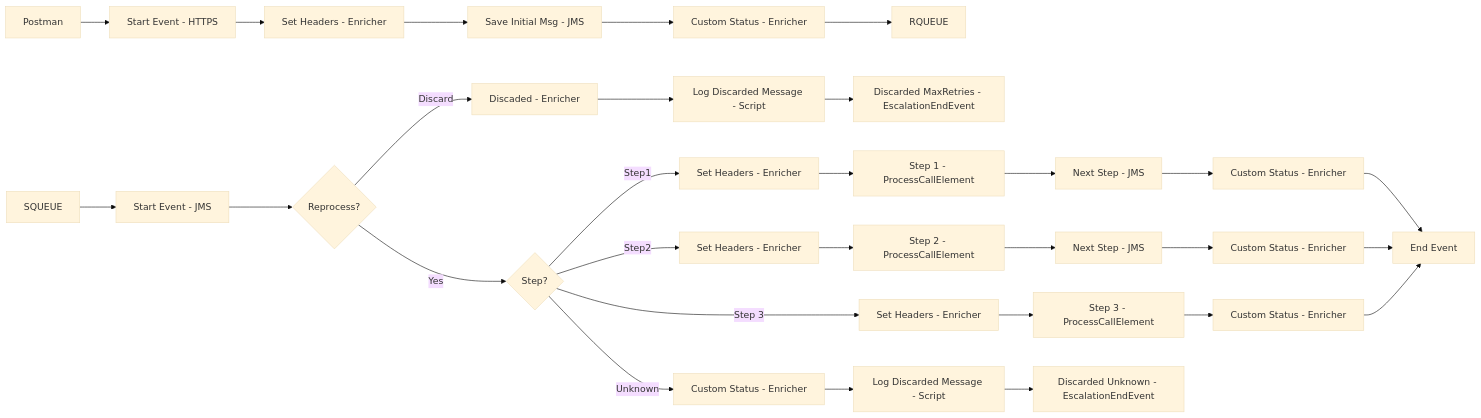
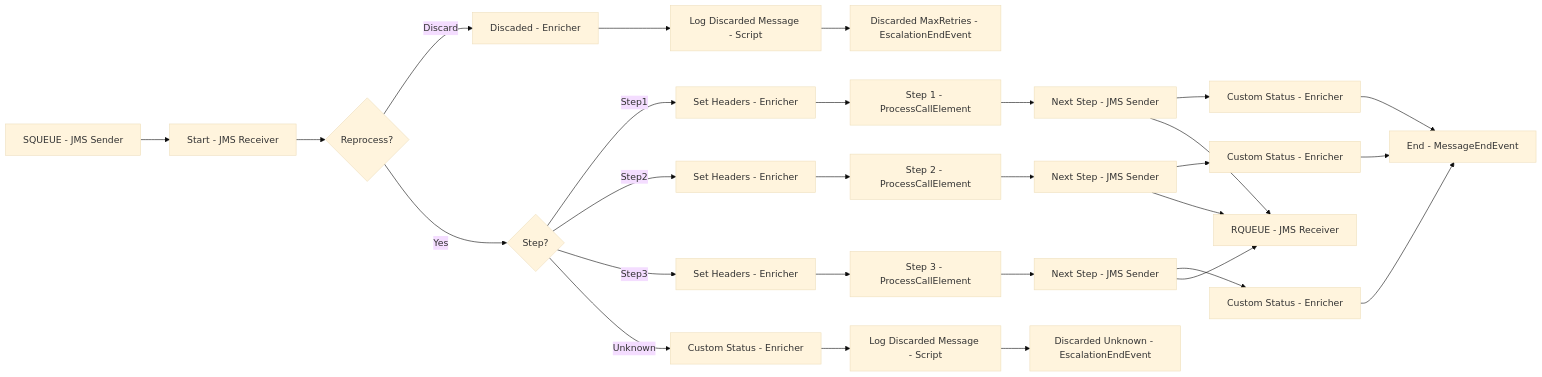
Before and after one commit to Avvale-IA-CICD/AvvaleCPI: the diagram in MMZ - Cell Iflows/SEDA_Model_-_Single_Queue_-_Restart_and_Discard_MMZ-1.0.0/readme.md, drawn with Mermaid (base theme). The commit also changed other lines of this file, not shown here.

Commit message:
Add/update documentation for SEDA_Model_-_Single_Queue_-_Restart_and_Discard_MMZ v1.0.0

````diff
--- a/MMZ - Cell Iflows/SEDA_Model_-_Single_Queue_-_Restart_and_Discard_MMZ-1.0.0/readme.md
+++ b/MMZ - Cell Iflows/SEDA_Model_-_Single_Queue_-_Restart_and_Discard_MMZ-1.0.0/readme.md
@@ -4,32 +4,30 @@
 ```mermaid
 graph LR
-    Postman --> HTTPS[Start Event - HTTPS]
-    HTTPS --> SetHeaders0[Set Headers - Enricher]
-    SetHeaders0 --> SaveInitialMsg[Save Initial Msg - JMS]
-    SaveInitialMsg --> CustomStatus0[Custom Status - Enricher]
-    CustomStatus0 --> RQUEUE
-
-    SQUEUE --> Start[Start Event - JMS]
-    Start --> Reprocess{Reprocess?}
-    Reprocess -- Discard --> DiscardedStatus[Discaded - Enricher]
+    SQUEUE[SQUEUE - JMS Sender] --> StartEvent[Start - JMS Receiver]
+    StartEvent --> ReprocessCheck{Reprocess?}
+    ReprocessCheck -- Discard --> DiscardedStatus[Discaded - Enricher]
     DiscardedStatus --> LogDiscardedMaxRetries[Log Discarded Message - Script]
     LogDiscardedMaxRetries --> DiscardedMaxRetries[Discarded MaxRetries - EscalationEndEvent]
-    Reprocess -- Yes --> StepCheck{Step?}
-    StepCheck -- Step1 --> SetHeaders1[Set Headers - Enricher]
-    SetHeaders1 --> Step1Call[Step 1 - ProcessCallElement]
-    Step1Call --> JMS_STEP1[Next Step - JMS]
-    JMS_STEP1 --> CustomStatus1[Custom Status - Enricher]
-    CustomStatus1 --> End[End Event]
-    StepCheck -- Step2 --> SetHeaders2[Set Headers - Enricher]
-    SetHeaders2 --> Step2Call[Step 2 - ProcessCallElement]
-    Step2Call --> JMS_STEP2[Next Step - JMS]
-    JMS_STEP2 --> CustomStatus2[Custom Status - Enricher]
-    CustomStatus2 --> End
-    StepCheck -- Step 3 --> SetHeaders3[Set Headers - Enricher]
-    SetHeaders3 --> Step3Call[Step 3 - ProcessCallElement]
-    Step3Call --> CustomStatus3[Custom Status - Enricher]
-    CustomStatus3 --> End
+    ReprocessCheck -- Yes --> StepCheck{Step?}
+    StepCheck -- Step1 --> SetHeadersStep1[Set Headers - Enricher]
+    StepCheck -- Step2 --> SetHeadersStep2[Set Headers - Enricher]
+    StepCheck -- Step3 --> SetHeadersStep3[Set Headers - Enricher]
     StepCheck -- Unknown --> DiscardedStatusUnknown[Custom Status - Enricher]
-    DiscardedStatusUnknown --> LogDiscardedUnknown[Log Discarded Message - Script]
-    LogDiscardedUnknown --> DiscardedUnknown[Discarded Unknown - EscalationEndEvent]
+    DiscardedStatusUnknown --> LogDiscardedMessage[Log Discarded Message - Script]
+    LogDiscardedMessage --> DiscardedUnknown[Discarded Unknown - EscalationEndEvent]
+    SetHeadersStep1 --> Step1[Step 1 - ProcessCallElement]
+    SetHeadersStep2 --> Step2[Step 2 - ProcessCallElement]
+    SetHeadersStep3 --> Step3[Step 3 - ProcessCallElement]
+    Step1 --> NextStep1[Next Step - JMS Sender]
+    Step2 --> NextStep2[Next Step - JMS Sender]
+    Step3 --> NextStep3[Next Step - JMS Sender]
+    NextStep1 --> Step1Completed[Custom Status - Enricher]
+    NextStep2 --> Step2Completed[Custom Status - Enricher]
+    NextStep3 --> Step3Completed[Custom Status - Enricher]
+    Step1Completed --> EndEvent[End - MessageEndEvent]
+    Step2Completed --> EndEvent
+    Step3Completed --> EndEvent
+    NextStep1 --> RQUEUE[RQUEUE - JMS Receiver]
+    NextStep2 --> RQUEUE
+    NextStep3 --> RQUEUE
 ```
````
